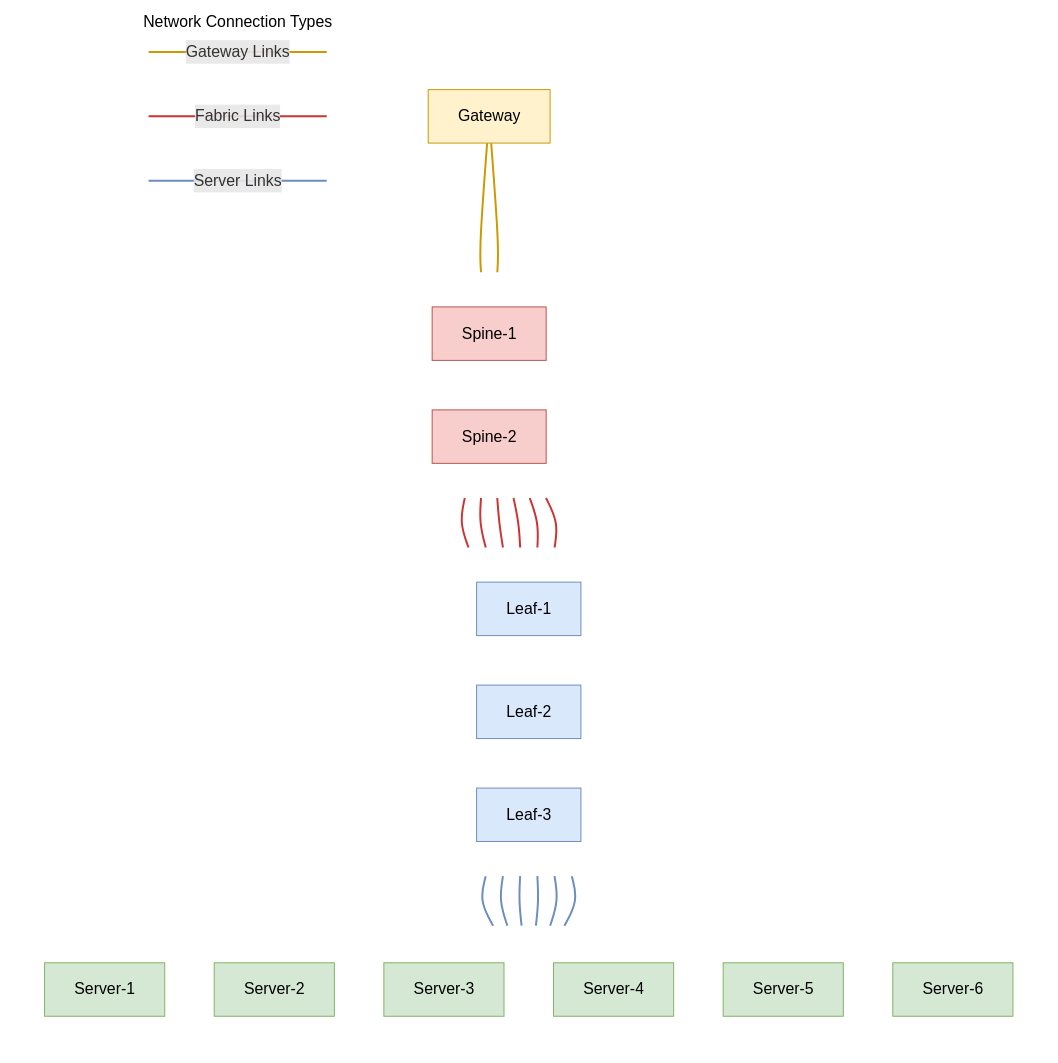
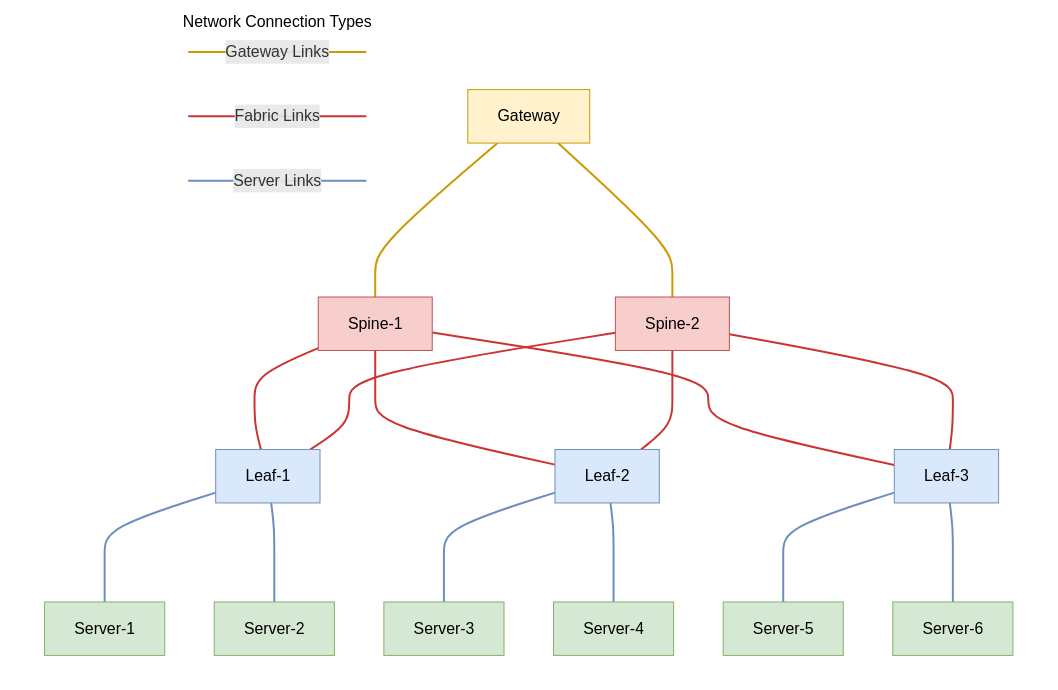
The diagram in docs/user-guide/gateway.md (githedgehog/docs), drawn with Mermaid before and after one commit.

Commit message:
fix: diagram wasn't rendering correctly (#329)

```diff
--- a/docs/user-guide/gateway.md
+++ b/docs/user-guide/gateway.md
@@ -35,20 +35,17 @@
 Gateway_01["Gateway"]
 
 subgraph Spines[" "]
-    direction LR
     Spine_01["Spine-1"]
     Spine_02["Spine-2"]
 end
 
 subgraph Leaves[" "]
-    direction LR
     Leaf_01["Leaf-1"]
     Leaf_02["Leaf-2"]
     Leaf_03["Leaf-3"]
 end
 
 subgraph Servers[" "]
-    direction TB
     Server_01["Server-1"]
     Server_02["Server-2"]
     Server_03["Server-3"]
```
